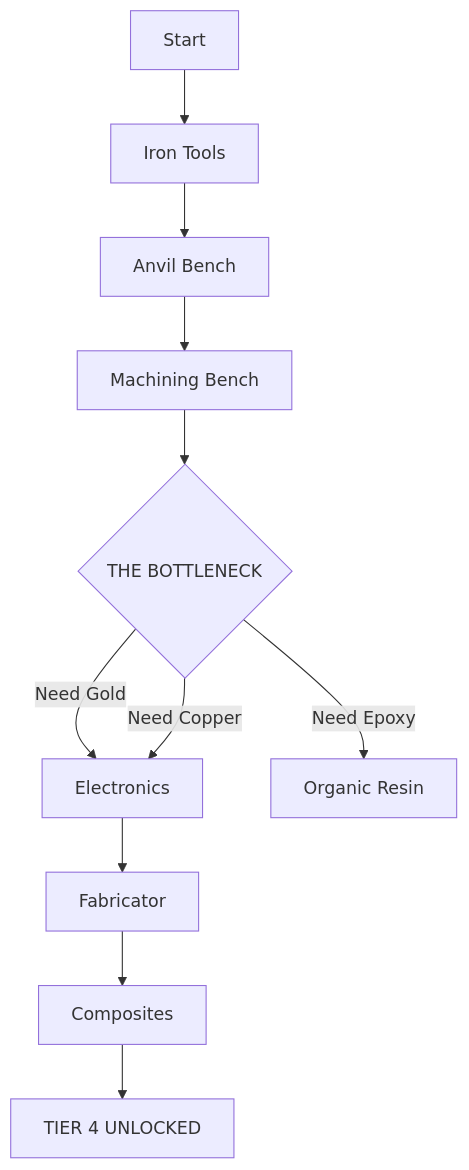
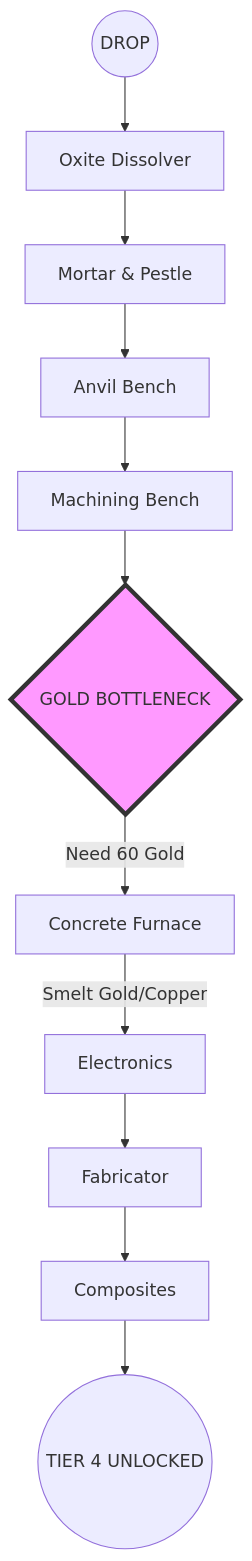
Before and after one commit to ind4skylivey/Gamer-Grimoire: the diagram in Icarus/Prospector_Field_Manual.md, drawn with Mermaid. The commit also changed other lines of this file, not shown here.

````diff
--- a/Icarus/Prospector_Field_Manual.md
+++ b/Icarus/Prospector_Field_Manual.md
@@ -24,13 +96,14 @@
 ```mermaid
 graph TD
-    A[Start] --> B[Iron Tools]
+    Start((DROP)) --> A[Oxite Dissolver]
+    A --> B[Mortar & Pestle]
     B --> C[Anvil Bench]
     C --> D[Machining Bench]
-    D --> E{THE BOTTLENECK}
-    E -->|Need Gold| F[Electronics]
-    E -->|Need Copper| F
-    E -->|Need Epoxy| G[Organic Resin]
-    F --> H[Fabricator]
+    D --> E{GOLD BOTTLENECK}
+    E -->|Need 60 Gold| F[Concrete Furnace]
+    F -->|Smelt Gold/Copper| G[Electronics]
+    G --> H[Fabricator]
     H --> I[Composites]
-    I --> J[TIER 4 UNLOCKED]
+    I --> J((TIER 4 UNLOCKED))
+    style E fill:#f9f,stroke:#333,stroke-width:4px
 ```
````
